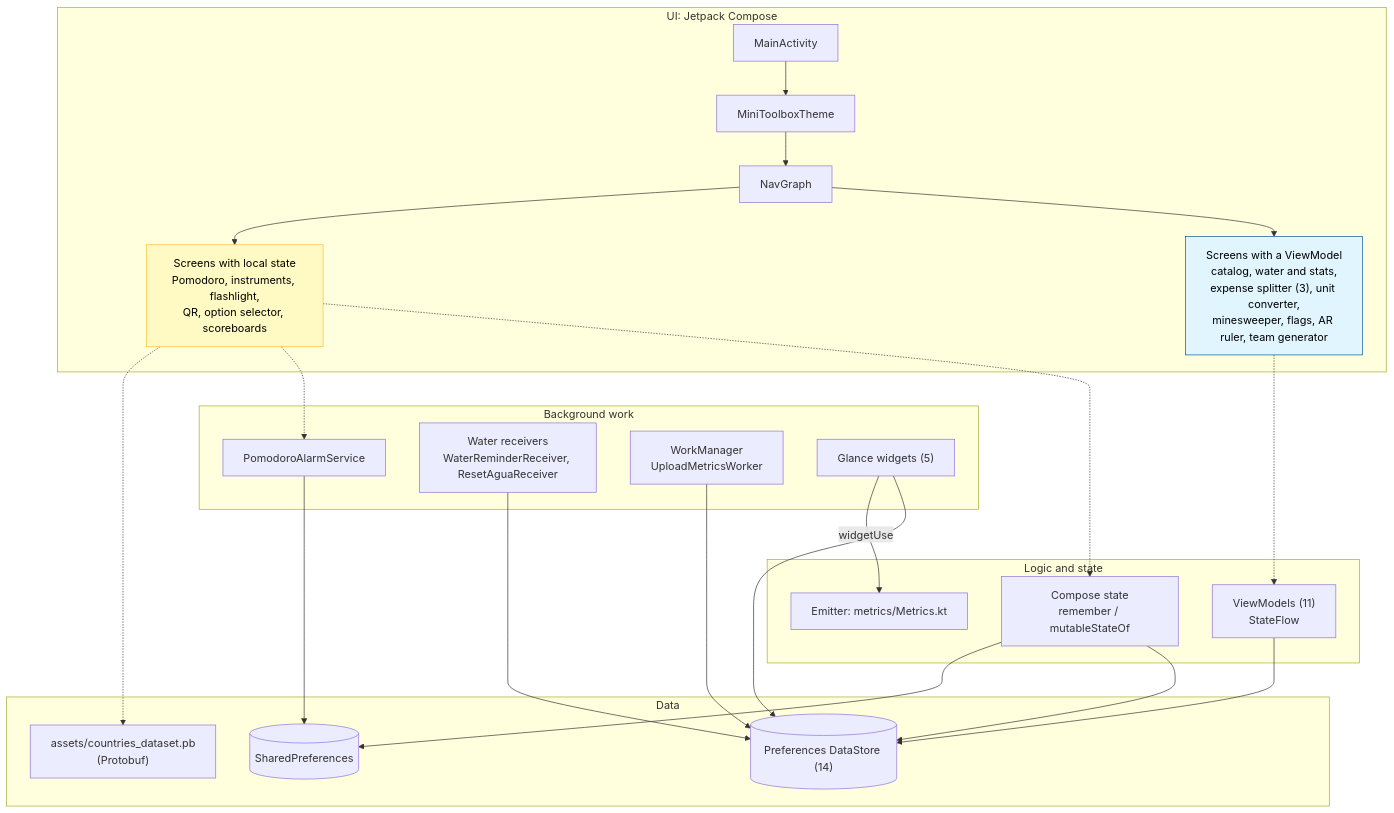
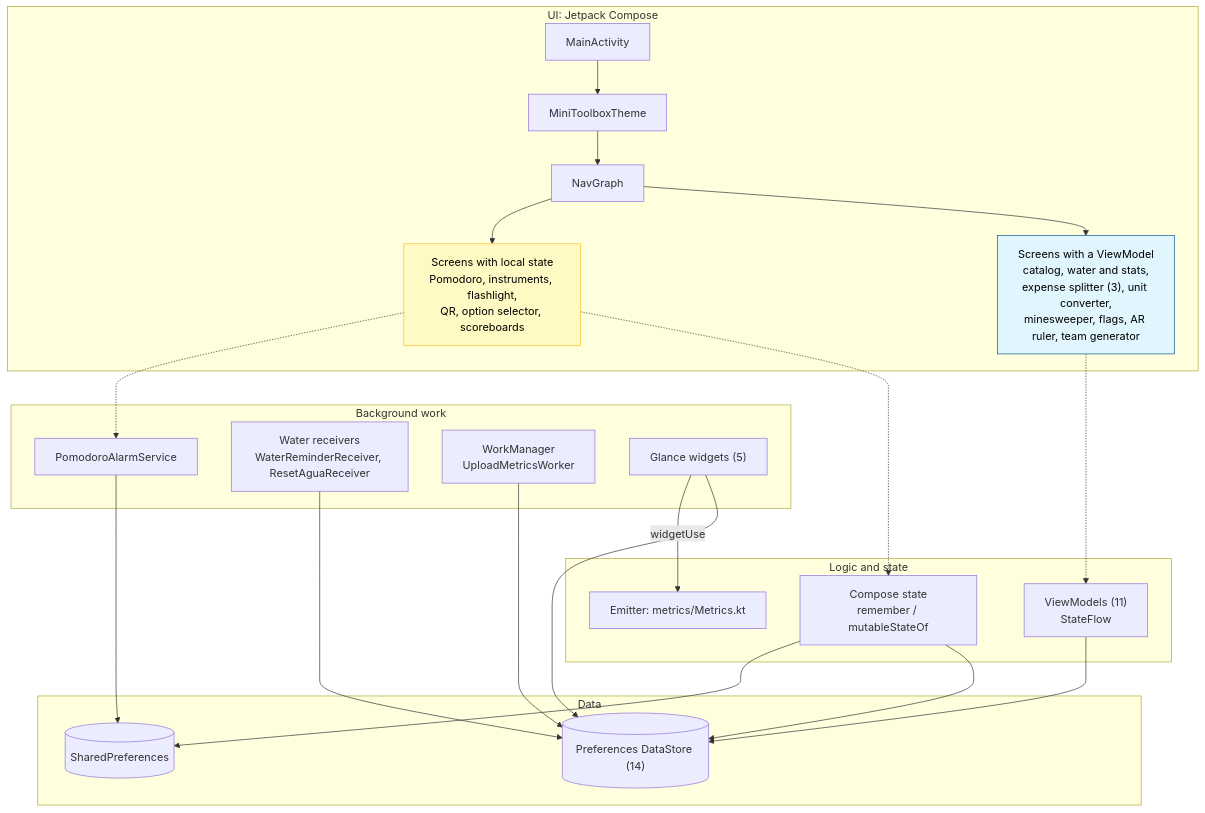
Before and after one commit to JoaquinSasso/MiniToolbox: the first of 4 diagrams in docs/architecture.en.md, drawn with Mermaid. The commit also changed other lines of this file and 12 other files, not shown here.

First line of the commit message:
build(deps): quitar protobuf y el dataset de países

````diff
--- a/docs/architecture.en.md
+++ b/docs/architecture.en.md
@@ -22,43 +22,41 @@
 ```mermaid
 flowchart TD
     subgraph UI [UI: Jetpack Compose]
         MA[MainActivity] --> MT[MiniToolboxTheme]
         MT --> NG[NavGraph]
         NG --> VMS["Screens with a ViewModel<br/>catalog, water and stats,<br/>expense splitter (3), unit converter,<br/>minesweeper, flags, AR ruler, team generator"]
         NG --> LSS["Screens with local state<br/>Pomodoro, instruments, flashlight,<br/>QR, option selector, scoreboards"]
         style VMS fill:#e1f5fe,stroke:#01579b,color:#000
         style LSS fill:#fff9c4,stroke:#fbc02d,color:#000
     end
 
     subgraph Logic [Logic and state]
         VM["ViewModels (11)<br/>StateFlow"]
         CS["Compose state<br/>remember / mutableStateOf"]
         MET["Emitter: metrics/Metrics.kt"]
     end
 
     subgraph Background [Background work]
         PAS[PomodoroAlarmService]
         AR["Water receivers<br/>WaterReminderReceiver, ResetAguaReceiver"]
         WM["WorkManager<br/>UploadMetricsWorker"]
         GW["Glance widgets (5)"]
     end
 
     subgraph Data [Data]
         DS[("Preferences DataStore (14)")]
         SP[("SharedPreferences")]
-        PB["assets/countries_dataset.pb<br/>(Protobuf)"]
     end
 
     VMS -.-> VM
     LSS -.-> CS
     VM --> DS
     CS --> DS
     CS --> SP
     LSS -.-> PAS
     PAS --> SP
     AR --> DS
     WM --> DS
     GW --> DS
-    LSS -.-> PB
     GW -->|widgetUse| MET
 ```
````
